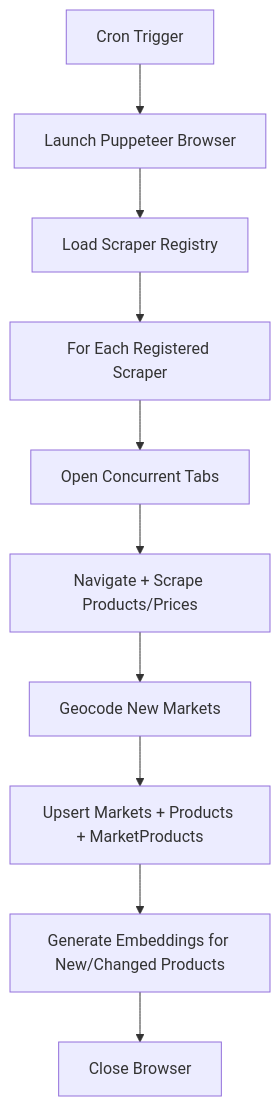
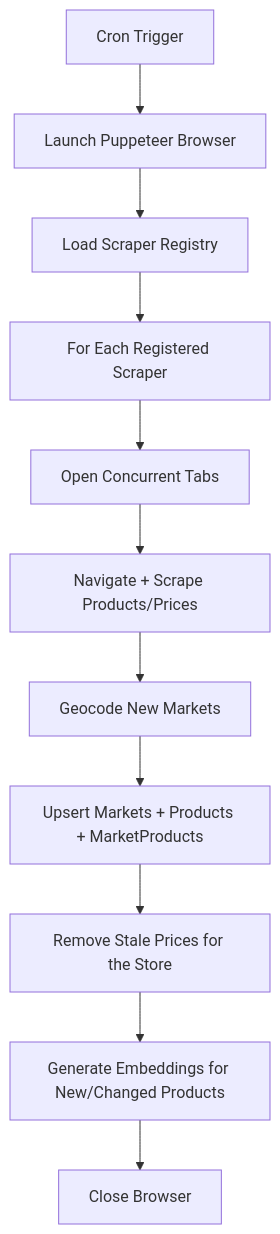
One commit to martintrifunov/obrok changed the diagram in apps/docs/backend/modules/scraper.md. Above: the diagram before and after it, drawn with Mermaid. The commit also changed other lines of this file and 9 other files, not shown here.

Commit message:
fix(scraper): remove stale prices after complete scrapes

````diff
--- a/apps/docs/backend/modules/scraper.md
+++ b/apps/docs/backend/modules/scraper.md
@@ -45,12 +45,13 @@
 ```mermaid
 flowchart TD
     A[Cron Trigger] --> B[Launch Puppeteer Browser]
     B --> C[Load Scraper Registry]
     C --> D[For Each Registered Scraper]
     D --> E[Open Concurrent Tabs]
     E --> F[Navigate + Scrape Products/Prices]
     F --> G[Geocode New Markets]
     G --> H[Upsert Markets + Products + MarketProducts]
-    H --> I[Generate Embeddings for New/Changed Products]
+    H --> H2[Remove Stale Prices for the Store]
+    H2 --> I[Generate Embeddings for New/Changed Products]
     I --> J[Close Browser]
 ```
````
